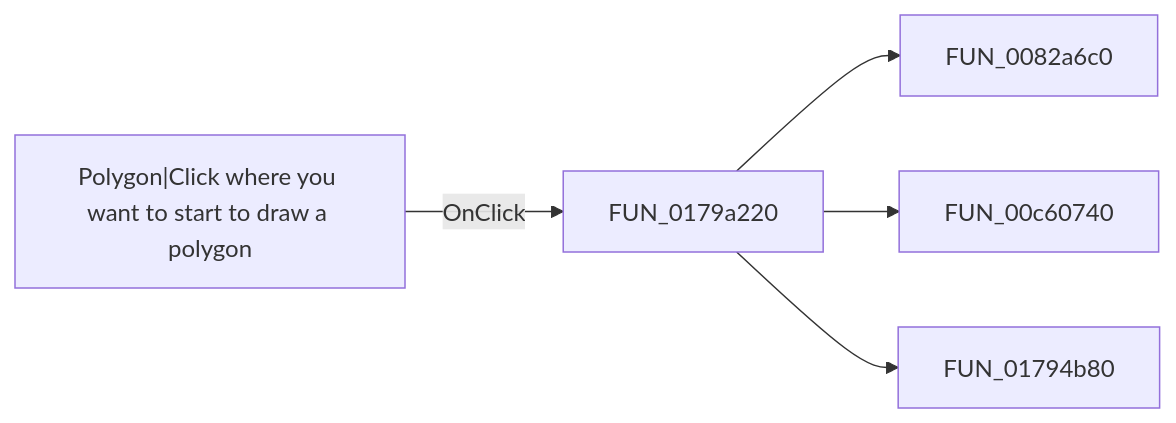
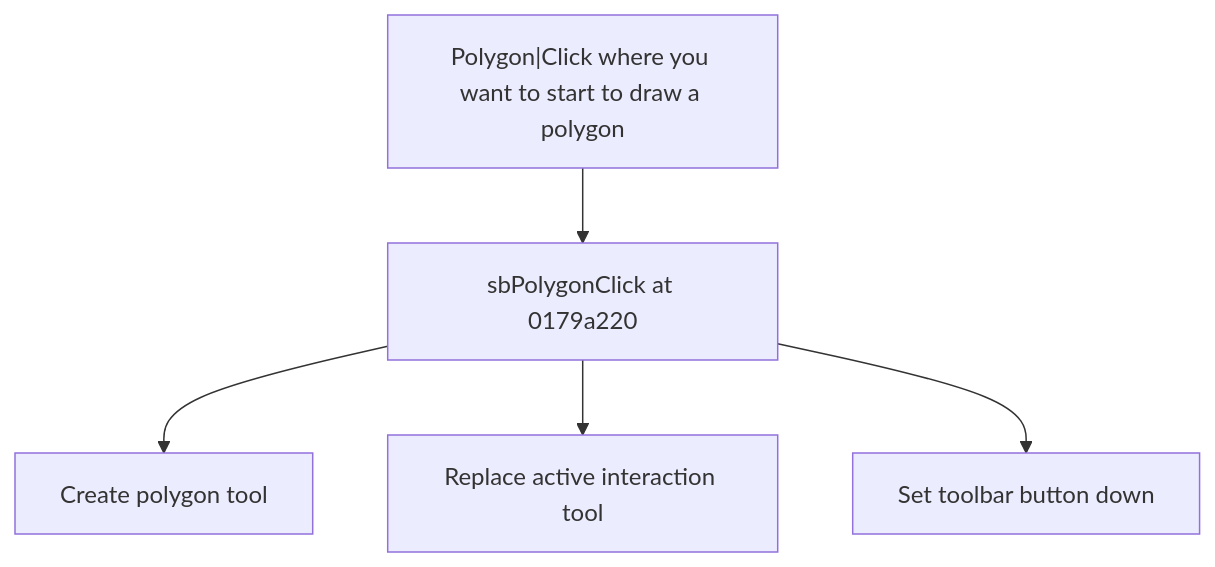
One commit to MovGP0/TIARA changed the diagram in docs/ui-controls/shapeedit/sbpolygon-ca61bc717e.md. Above: the diagram before and after it, drawn with Mermaid. The commit also changed other lines of this file and 1062 other files, not shown here.

````diff
--- a/docs/ui-controls/shapeedit/sbpolygon-ca61bc717e.md
+++ b/docs/ui-controls/shapeedit/sbpolygon-ca61bc717e.md
@@ -27,7 +27,7 @@
 ```mermaid
-flowchart LR
-    control["Polygon|Click where you want to start to draw a polygon"] -->|OnClick| handler["FUN_0179a220"]
-    handler --> call1["FUN_0082a6c0"]
-    handler --> call2["FUN_00c60740"]
-    handler --> call3["FUN_01794b80"]
+flowchart TD
+    control["Polygon|Click where you want to start to draw a polygon"] --> handler["sbPolygonClick at 0179a220"]
+    handler --> step1["Create polygon tool"]
+    handler --> step2["Replace active interaction tool"]
+    handler --> step3["Set toolbar button down"]
 ```
````
